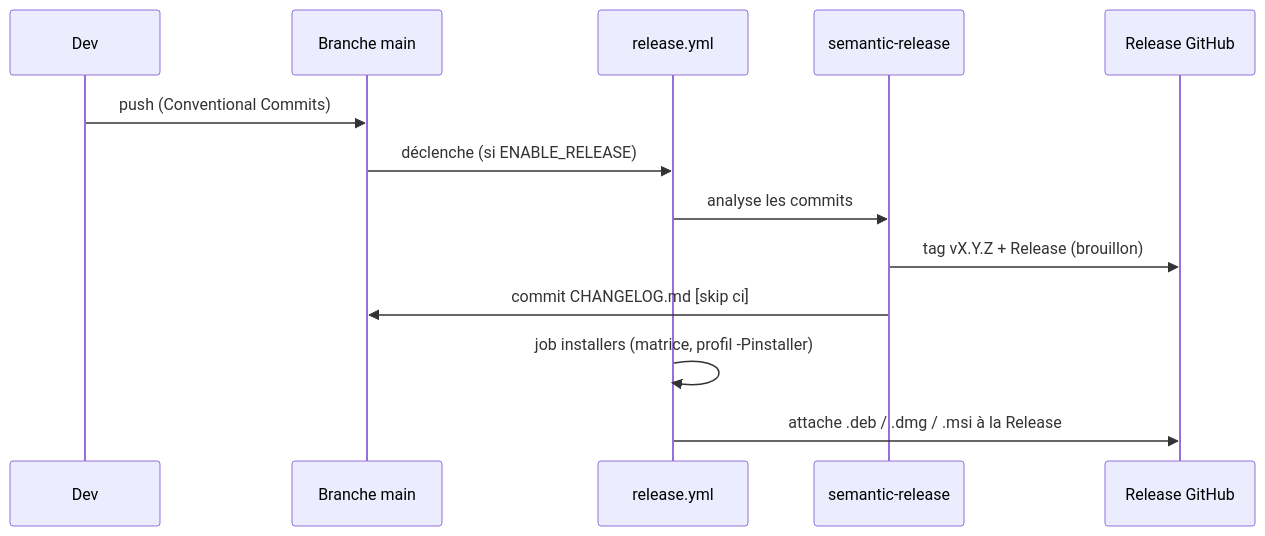
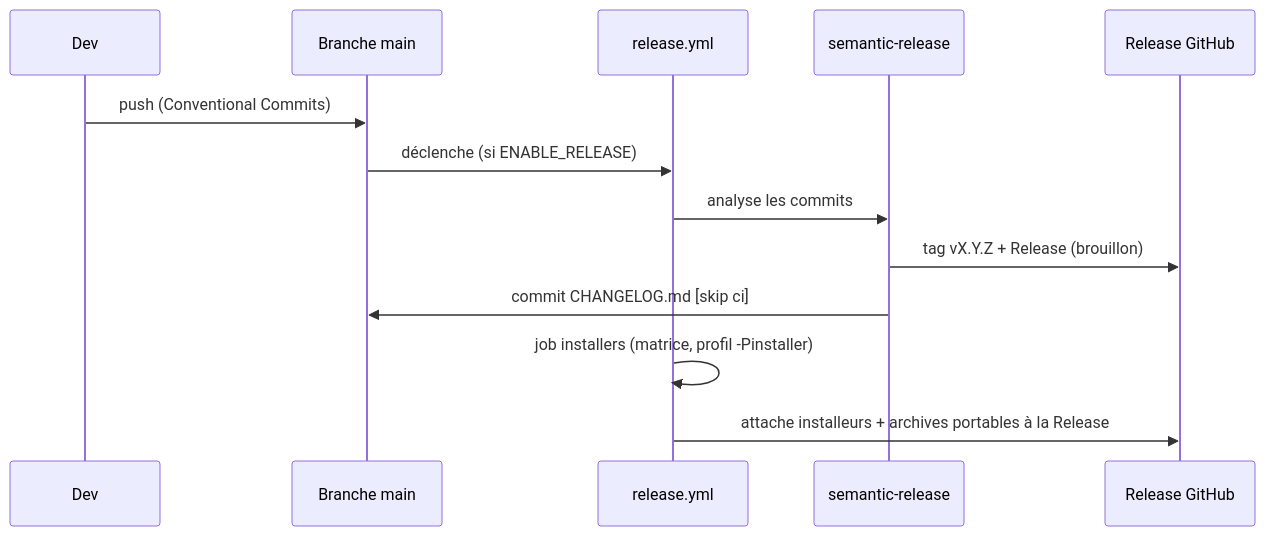
Before and after one commit to IUTInfoAix-S201/vigiechiro-pr-companion: the diagram in dev-docs/ci-cd-release.md, drawn with Mermaid. The commit also changed other lines of this file and 2 other files, not shown here.

First line of the commit message:
feat(release): une archive portable, qui se décompresse au lieu de s'installer (#2133)

````diff
--- a/dev-docs/ci-cd-release.md
+++ b/dev-docs/ci-cd-release.md
@@ -71,15 +71,15 @@
 ```mermaid
 sequenceDiagram
     participant Dev
     participant Main as Branche main
     participant Rel as release.yml
     participant SR as semantic-release
     participant GH as Release GitHub
     Dev->>Main: push (Conventional Commits)
     Main->>Rel: déclenche (si ENABLE_RELEASE)
     Rel->>SR: analyse les commits
     SR->>GH: tag vX.Y.Z + Release (brouillon)
     SR->>Main: commit CHANGELOG.md [skip ci]
     Rel->>Rel: job installers (matrice, profil -Pinstaller)
-    Rel->>GH: attache .deb / .dmg / .msi à la Release
+    Rel->>GH: attache installeurs + archives portables à la Release
 ```
````
